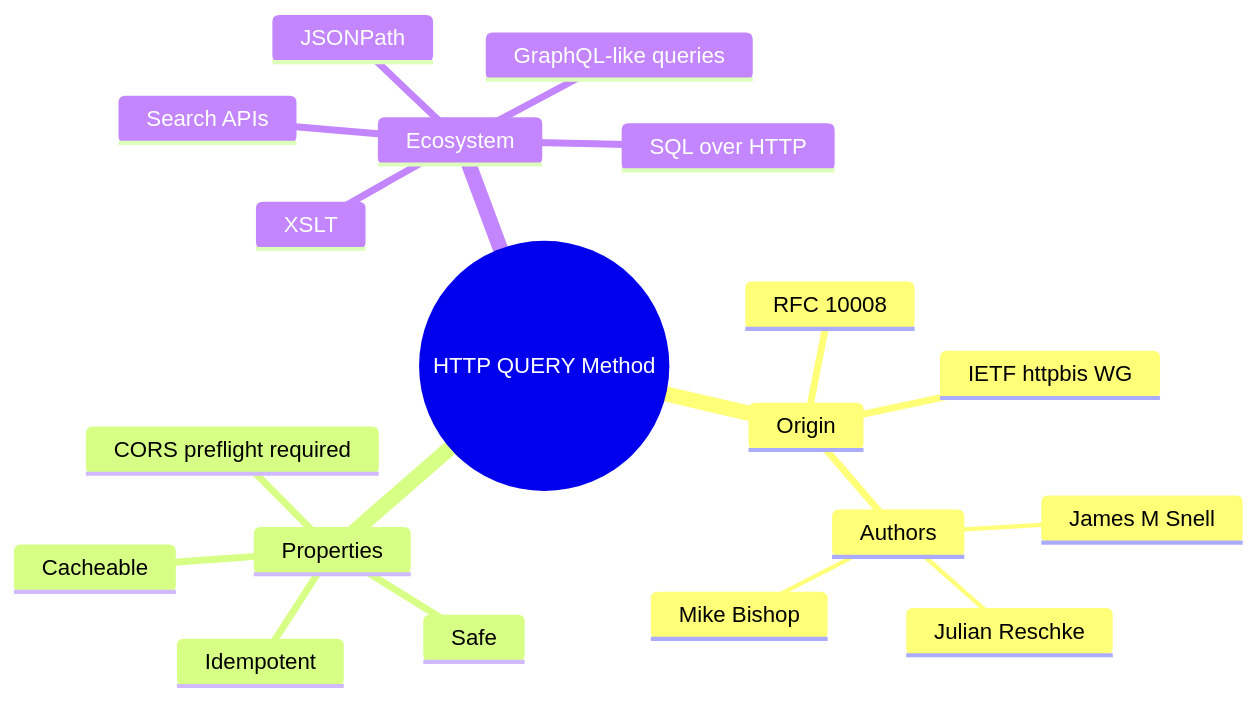
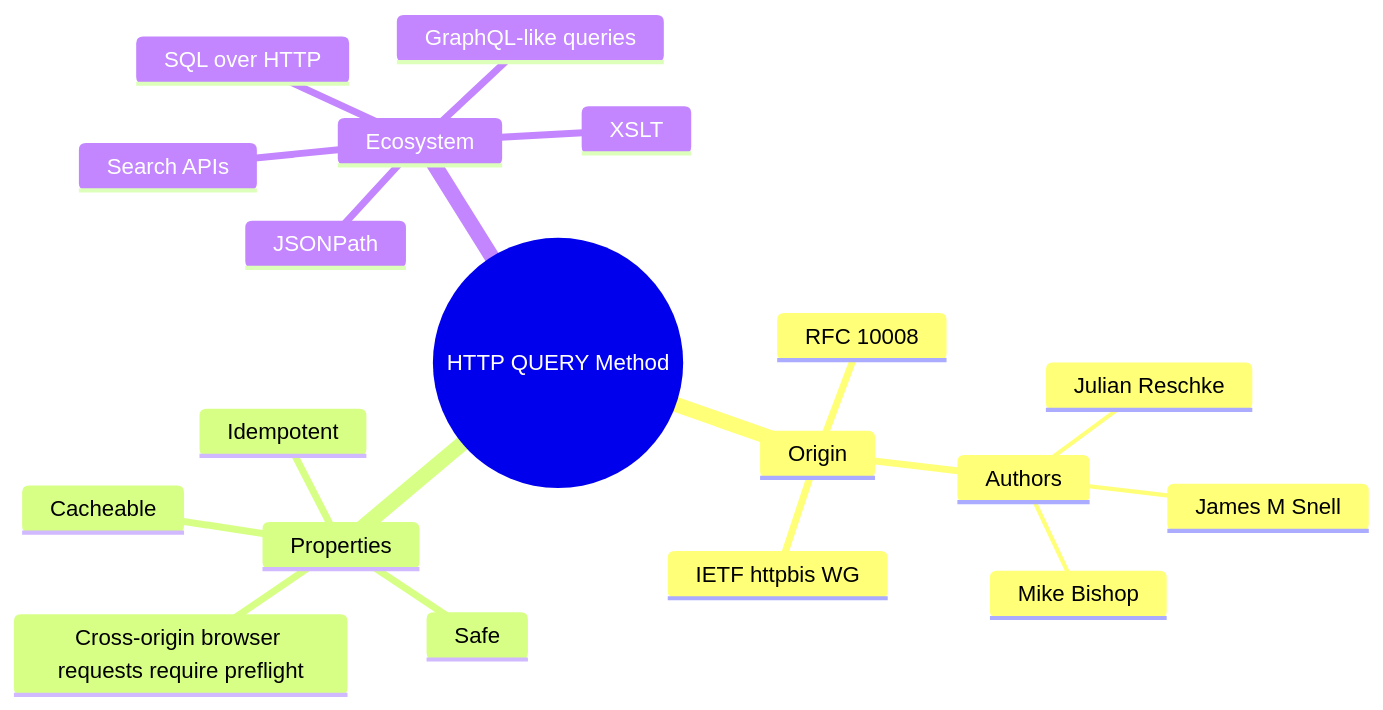
Before and after one commit to dyotamo/blog: the first of 8 diagrams in content/articles/http-query-method/index.md, drawn with Mermaid. The commit also changed other lines of this file and 26 other files, not shown here.

````diff
--- a/content/articles/http-query-method/index.md
+++ b/content/articles/http-query-method/index.md
@@ -26,22 +24,22 @@
 ```mermaid
 mindmap
   root((HTTP QUERY Method))
     Origin
       RFC 10008
       IETF httpbis WG
       Authors
         Julian Reschke
         James M Snell
         Mike Bishop
     Properties
       Safe
       Idempotent
       Cacheable
-      CORS preflight required
+      Cross-origin browser requests require preflight
     Ecosystem
       Search APIs
       GraphQL-like queries
       SQL over HTTP
       JSONPath
       XSLT
 ```
````
